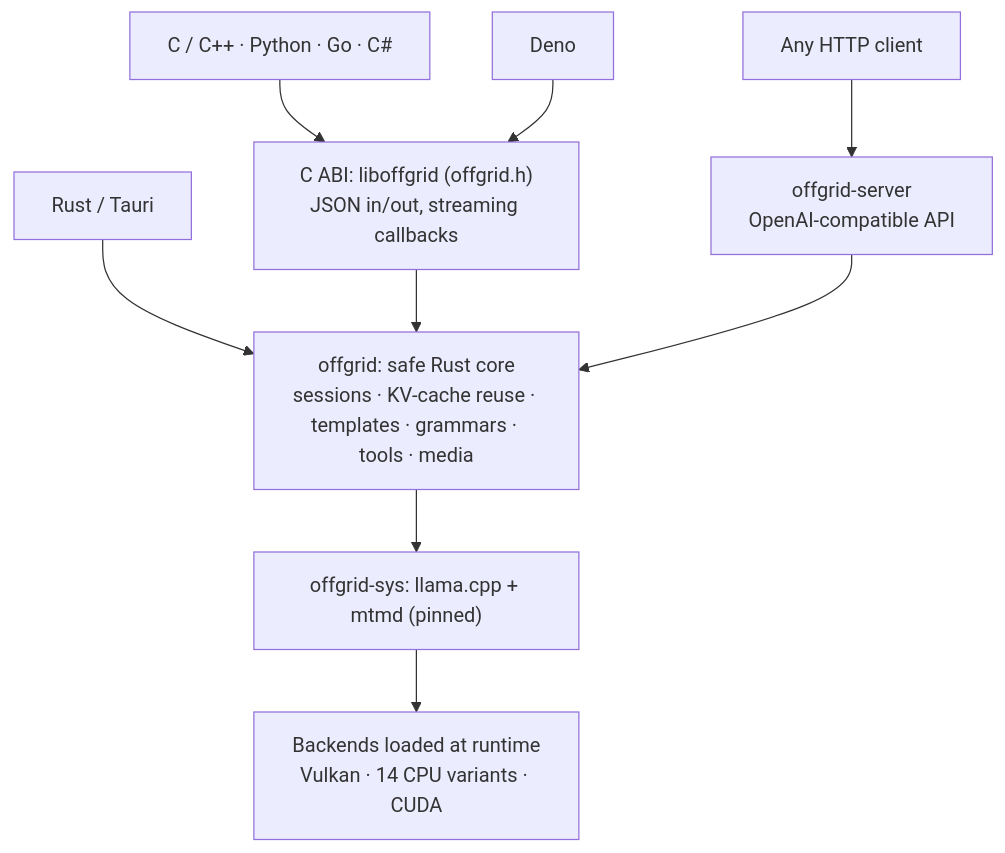
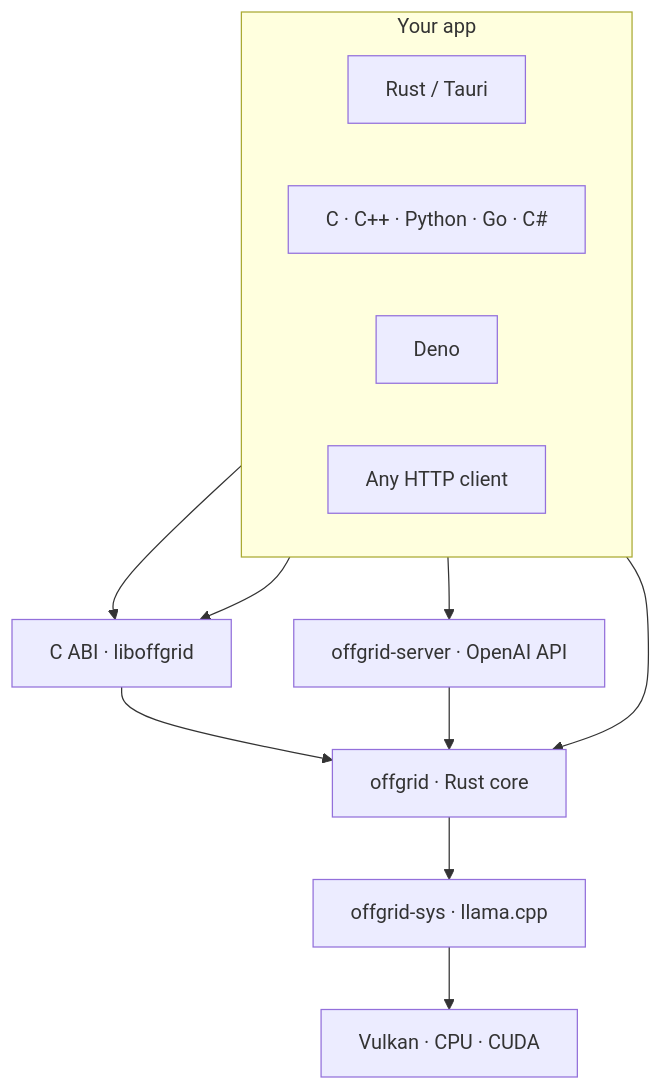
Before and after one commit to Pinta365/offgrid: the diagram in README.md, drawn with Mermaid.

Commit message:
README: compact architecture diagram

````diff
--- a/README.md
+++ b/README.md
@@ -14,12 +14,22 @@
 ```mermaid
 flowchart TD
-    rust["Rust / Tauri"] --> core
-    capps["C / C++ · Python · Go · C#"] --> abi
-    deno["Deno"] --> abi
-    http["Any HTTP client"] --> server
-    abi["C ABI: liboffgrid (offgrid.h)<br/>JSON in/out, streaming callbacks"] --> core
-    server["offgrid-server<br/>OpenAI-compatible API"] --> core
-    core["offgrid: safe Rust core<br/>sessions · KV-cache reuse · templates · grammars · tools · media"] --> sys
-    sys["offgrid-sys: llama.cpp + mtmd (pinned)"] --> backends
-    backends["Backends loaded at runtime<br/>Vulkan · 14 CPU variants · CUDA"]
+    subgraph app["Your app"]
+        direction LR
+        rust["Rust / Tauri"]
+        capps["C · C++ · Python · Go · C#"]
+        deno["Deno"]
+        http["Any HTTP client"]
+    end
+    abi["C ABI · liboffgrid"]
+    server["offgrid-server · OpenAI API"]
+    core["offgrid · Rust core"]
+    sys["offgrid-sys · llama.cpp"]
+    gpu["Vulkan · CPU · CUDA"]
+    rust --> core
+    capps --> abi
+    deno --> abi
+    http --> server
+    abi --> core
+    server --> core
+    core --> sys --> gpu
 ```
````
